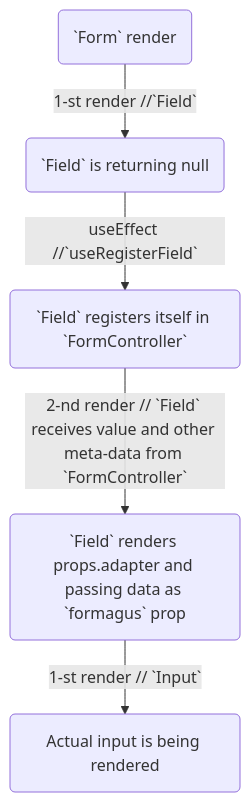
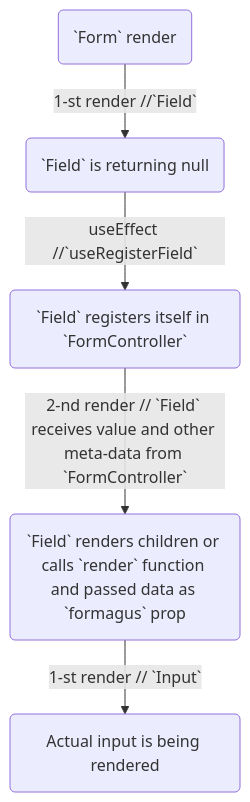
The diagram in packages/docs/docs/index.md (iaroslavshvets/formagus), drawn with Mermaid before and after one commit. The commit also changed other lines of this file, not shown here.

Commit message:
add useForm hook, refactor tests, deprecate FormPart, useFormApi

````diff
--- a/packages/docs/docs/index.md
+++ b/packages/docs/docs/index.md
@@ -200,8 +200,8 @@
 ```mermaid
 graph TD
 A(`Form` render)
 A -->|1-st render //`Field` | B(`Field` is returning null)
 B -->|useEffect //`useRegisterField`| C(`Field` registers itself in `FormController`)
-C --> |2-nd render // `Field` receives value and other meta-data from `FormController`| D(`Field` renders props.adapter and passing data as `formagus` prop)
+C --> |2-nd render // `Field` receives value and other meta-data from `FormController`| D(`Field` renders children or calls `render` function and passed data as `formagus` prop)
 D --> |1-st render // `Input` | E(Actual input is being rendered)
 ```
````
